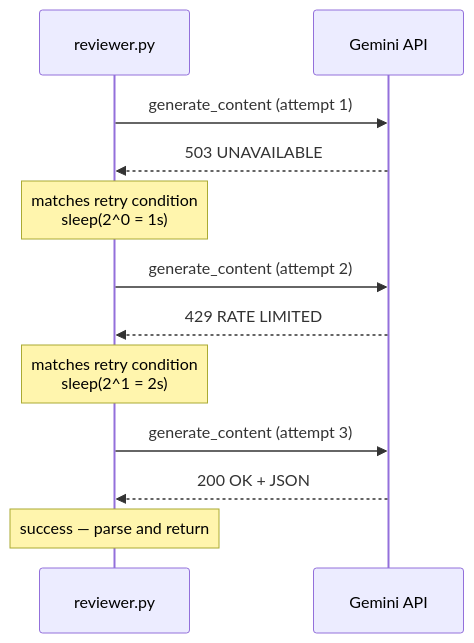
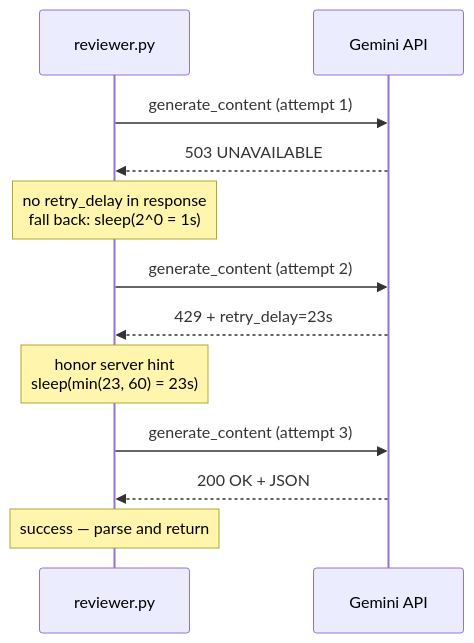
Before and after one commit to prakhar1314/smart-code-reviewer: the second of 4 diagrams in ARCHITECTURE.md, drawn with Mermaid. The commit also changed other lines of this file, not shown here.

First line of the commit message:
docs(architecture): add evals module section + eval sequence diagram

````diff
--- a/ARCHITECTURE.md
+++ b/ARCHITECTURE.md
@@ -128,17 +160,17 @@
 ```mermaid
 sequenceDiagram
     participant R as reviewer.py
     participant G as Gemini API
 
     R->>G: generate_content (attempt 1)
     G-->>R: 503 UNAVAILABLE
-    Note over R: matches retry condition<br/>sleep(2^0 = 1s)
+    Note over R: no retry_delay in response<br/>fall back: sleep(2^0 = 1s)
 
     R->>G: generate_content (attempt 2)
-    G-->>R: 429 RATE LIMITED
-    Note over R: matches retry condition<br/>sleep(2^1 = 2s)
+    G-->>R: 429 + retry_delay=23s
+    Note over R: honor server hint<br/>sleep(min(23, 60) = 23s)
 
     R->>G: generate_content (attempt 3)
     G-->>R: 200 OK + JSON
     Note over R: success — parse and return
 ```
````
